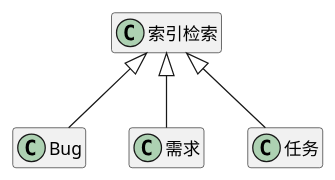
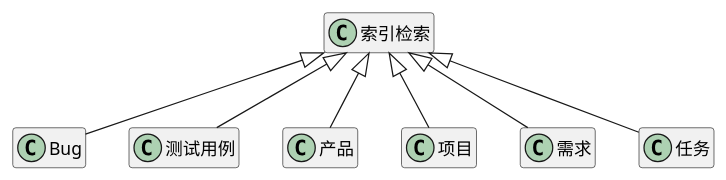
One commit to zj335841911/nt_chandao changed the diagram in ibizpms-docs/src/main/doc/v1/module/ibizpro/IBIZPRO_INDEX_old.md. Above: the diagram before and after it, drawn with PlantUML. The commit also changed 11 other files, not shown here.

```diff
--- a/ibizpms-docs/src/main/doc/v1/module/ibizpro/IBIZPRO_INDEX_old.md
+++ b/ibizpms-docs/src/main/doc/v1/module/ibizpro/IBIZPRO_INDEX_old.md
@@ -6,6 +6,9 @@
 {% plantuml %}
 索引检索 <|-- Bug 
+索引检索 <|-- 测试用例 
+索引检索 <|-- 产品 
+索引检索 <|-- 项目 
 索引检索 <|-- 需求 
 索引检索 <|-- 任务 
 hide members
 {% endplantuml %}
```
